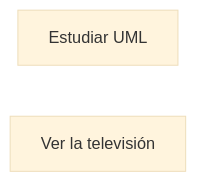
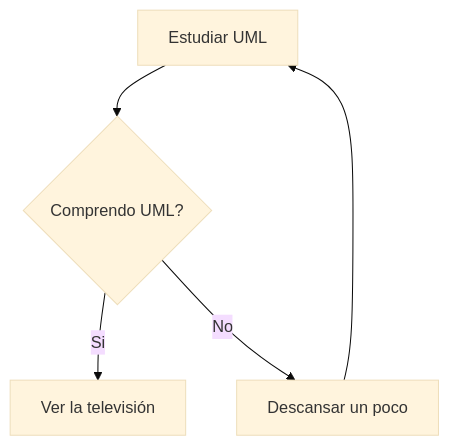
Diagram 13 of 13 in README.md (gerardfp/uml), drawn with Mermaid (base theme) before and after one commit. The commit also changed other lines of this file, not shown here.

````diff
--- a/README.md
+++ b/README.md
@@ -192,5 +225,7 @@
 ```mermaid
-flowchart LR
-  id1[Estudiar UML]
-  id2[Ver la televisión]
+flowchart
+    A[Estudiar UML] --> B{Comprendo UML?}
+    B -->|Si| C[Ver la televisión]
+    B -->|No| D[Descansar un poco]
+    D --> A
 ```
````
